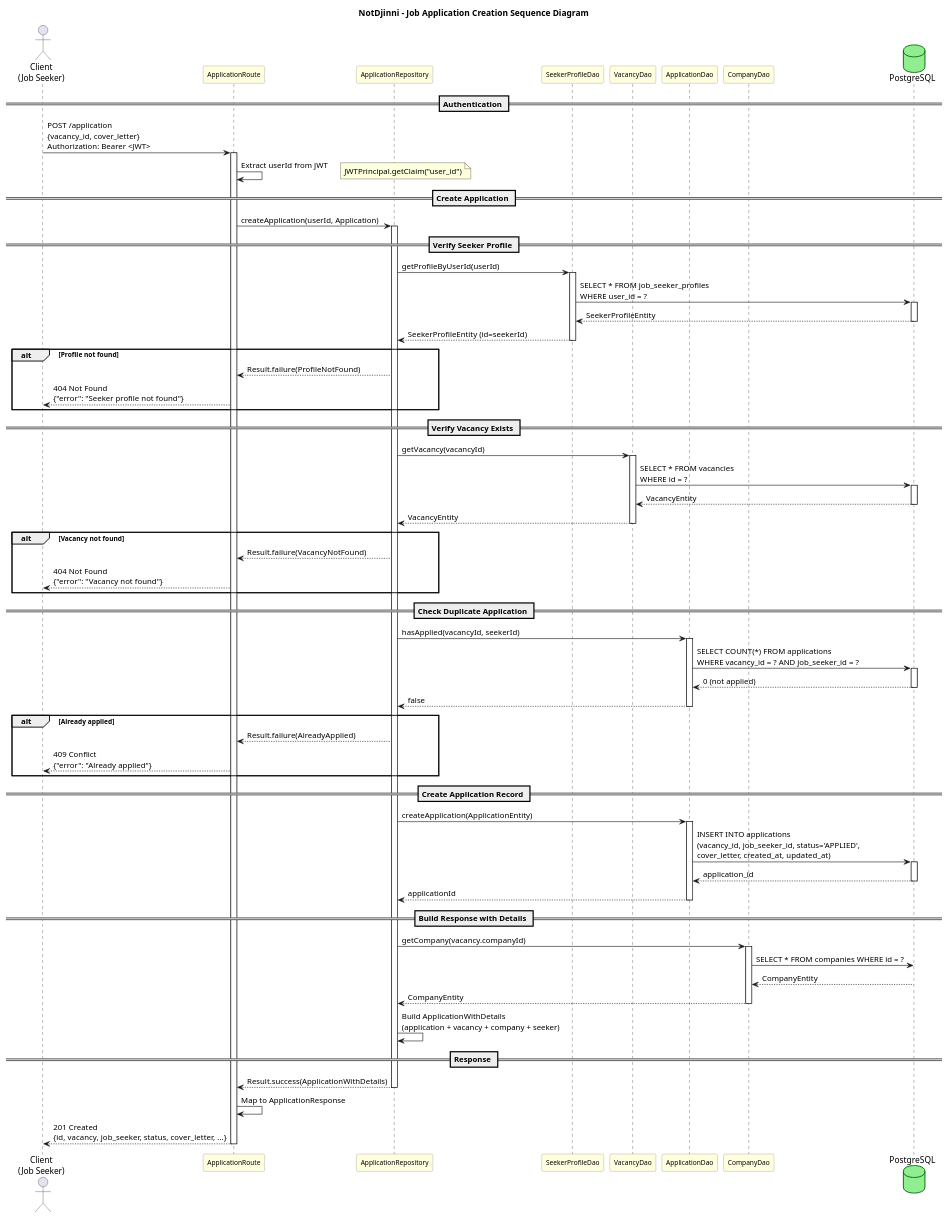
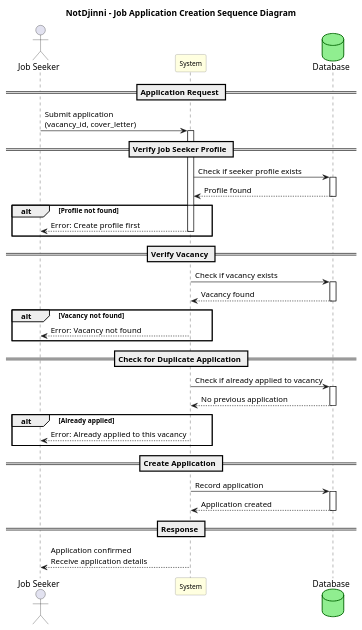
The diagram in diagram/consequences/job-application-sequence.puml (hmokryiedu/NotDjinni), drawn with PlantUML before and after one commit. The commit also changed 48 other files, not shown here.

```diff
--- a/diagram/consequences/job-application-sequence.puml
+++ b/diagram/consequences/job-application-sequence.puml
@@ -1,126 +1,73 @@
 @startuml Job Application Sequence
 
 skinparam participant {
     BackgroundColor LightYellow
     BorderColor Gray
     FontSize 11
 }
 
 skinparam database {
     BackgroundColor LightGreen
     BorderColor DarkGreen
 }
 
 title NotDjinni - Job Application Creation Sequence Diagram
 
-actor "Client\n(Job Seeker)" as Client
-participant "ApplicationRoute" as AR
-participant "ApplicationRepository" as Repo
-participant "SeekerProfileDao" as SPDao
-participant "VacancyDao" as VDao
-participant "ApplicationDao" as ADao
-participant "CompanyDao" as CDao
-database "PostgreSQL" as DB
+actor "Job Seeker" as Seeker
+participant "System" as System
+database "Database" as DB
 
-== Authentication ==
+== Application Request ==
 
-Client -> AR: POST /application\n{vacancy_id, cover_letter}\nAuthorization: Bearer <JWT>
-activate AR
+Seeker -> System: Submit application\n(vacancy_id, cover_letter)
+activate System
 
-AR -> AR: Extract userId from JWT
-note right: JWTPrincipal.getClaim("user_id")
+== Verify Job Seeker Profile ==
+
+System -> DB: Check if seeker profile exists
+activate DB
+DB --> System: Profile found
+deactivate DB
+
+alt Profile not found
+    System --> Seeker: Error: Create profile first
+    deactivate System
+end
+
+== Verify Vacancy ==
+
+System -> DB: Check if vacancy exists
+activate DB
+DB --> System: Vacancy found
+deactivate DB
+
+alt Vacancy not found
+    System --> Seeker: Error: Vacancy not found
+    deactivate System
+end
+
+== Check for Duplicate Application ==
+
+System -> DB: Check if already applied to vacancy
+activate DB
+DB --> System: No previous application
+deactivate DB
+
+alt Already applied
+    System --> Seeker: Error: Already applied to this vacancy
+    deactivate System
+end
 
 == Create Application ==
 
-AR -> Repo: createApplication(userId, Application)
-activate Repo
-
-== Verify Seeker Profile ==
-
-Repo -> SPDao: getProfileByUserId(userId)
-activate SPDao
-
-SPDao -> DB: SELECT * FROM job_seeker_profiles\nWHERE user_id = ?
+System -> DB: Record application
 activate DB
-DB --> SPDao: SeekerProfileEntity
+DB --> System: Application created
 deactivate DB
-
-SPDao --> Repo: SeekerProfileEntity (id=seekerId)
-deactivate SPDao
-
-alt Profile not found
-    Repo --> AR: Result.failure(ProfileNotFound)
-    AR --> Client: 404 Not Found\n{"error": "Seeker profile not found"}
-end
-
-== Verify Vacancy Exists ==
-
-Repo -> VDao: getVacancy(vacancyId)
-activate VDao
-
-VDao -> DB: SELECT * FROM vacancies\nWHERE id = ?
-activate DB
-DB --> VDao: VacancyEntity
-deactivate DB
-
-VDao --> Repo: VacancyEntity
-deactivate VDao
-
-alt Vacancy not found
-    Repo --> AR: Result.failure(VacancyNotFound)
-    AR --> Client: 404 Not Found\n{"error": "Vacancy not found"}
-end
-
-== Check Duplicate Application ==
-
-Repo -> ADao: hasApplied(vacancyId, seekerId)
-activate ADao
-
-ADao -> DB: SELECT COUNT(*) FROM applications\nWHERE vacancy_id = ? AND job_seeker_id = ?
-activate DB
-DB --> ADao: 0 (not applied)
-deactivate DB
-
-ADao --> Repo: false
-deactivate ADao
-
-alt Already applied
-    Repo --> AR: Result.failure(AlreadyApplied)
-    AR --> Client: 409 Conflict\n{"error": "Already applied"}
-end
-
-== Create Application Record ==
-
-Repo -> ADao: createApplication(ApplicationEntity)
-activate ADao
-
-ADao -> DB: INSERT INTO applications\n(vacancy_id, job_seeker_id, status='APPLIED',\ncover_letter, created_at, updated_at)
-activate DB
-DB --> ADao: application_id
-deactivate DB
-
-ADao --> Repo: applicationId
-deactivate ADao
-
-== Build Response with Details ==
-
-Repo -> CDao: getCompany(vacancy.companyId)
-activate CDao
-CDao -> DB: SELECT * FROM companies WHERE id = ?
-DB --> CDao: CompanyEntity
-CDao --> Repo: CompanyEntity
-deactivate CDao
-
-Repo -> Repo: Build ApplicationWithDetails\n(application + vacancy + company + seeker)
 
 == Response ==
 
-Repo --> AR: Result.success(ApplicationWithDetails)
-deactivate Repo
-
-AR -> AR: Map to ApplicationResponse
-
-AR --> Client: 201 Created\n{id, vacancy, job_seeker, status, cover_letter, ...}
-deactivate AR
+System --> Seeker: Application confirmed\nReceive application details
+deactivate System
 
 @enduml
```
